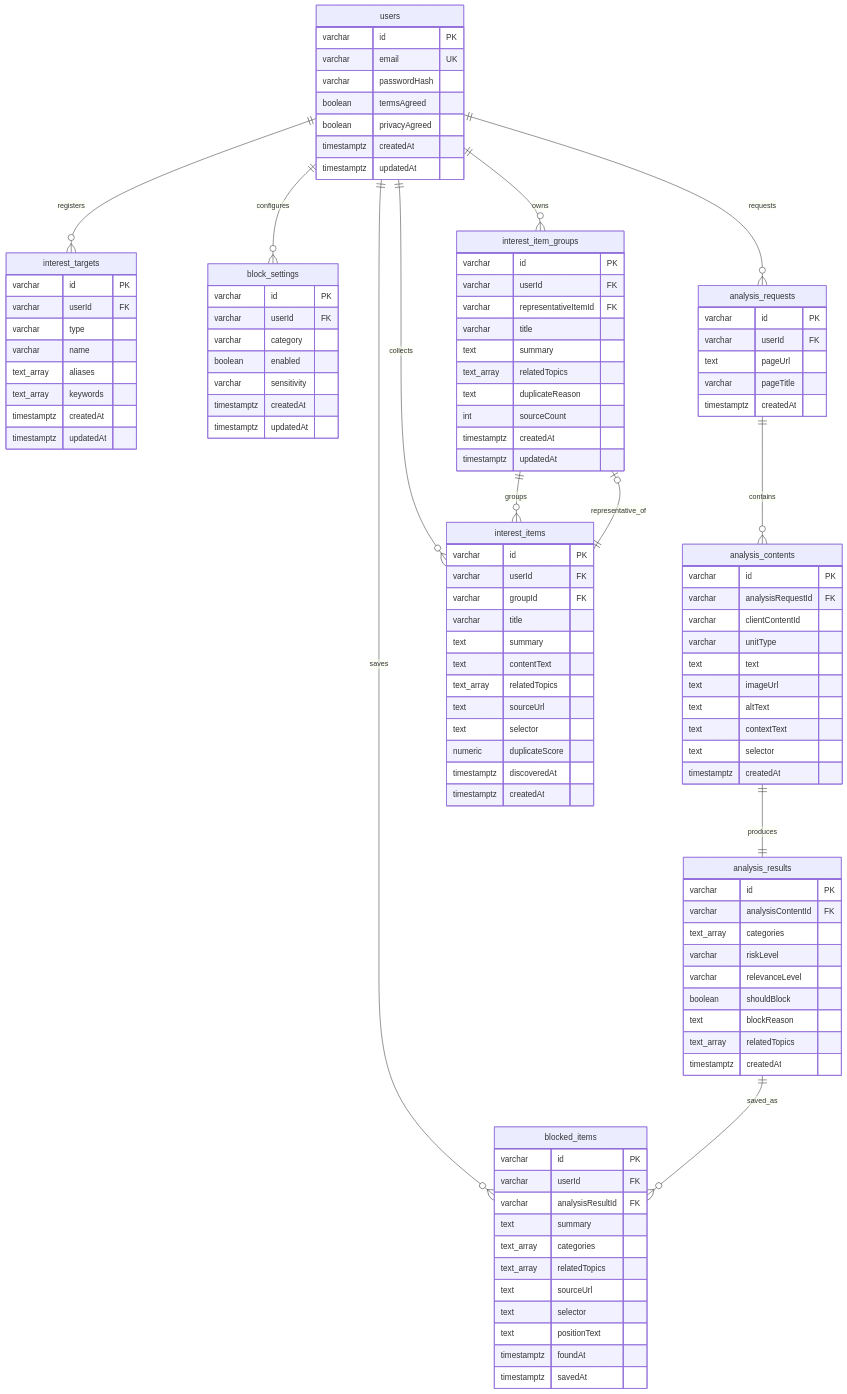
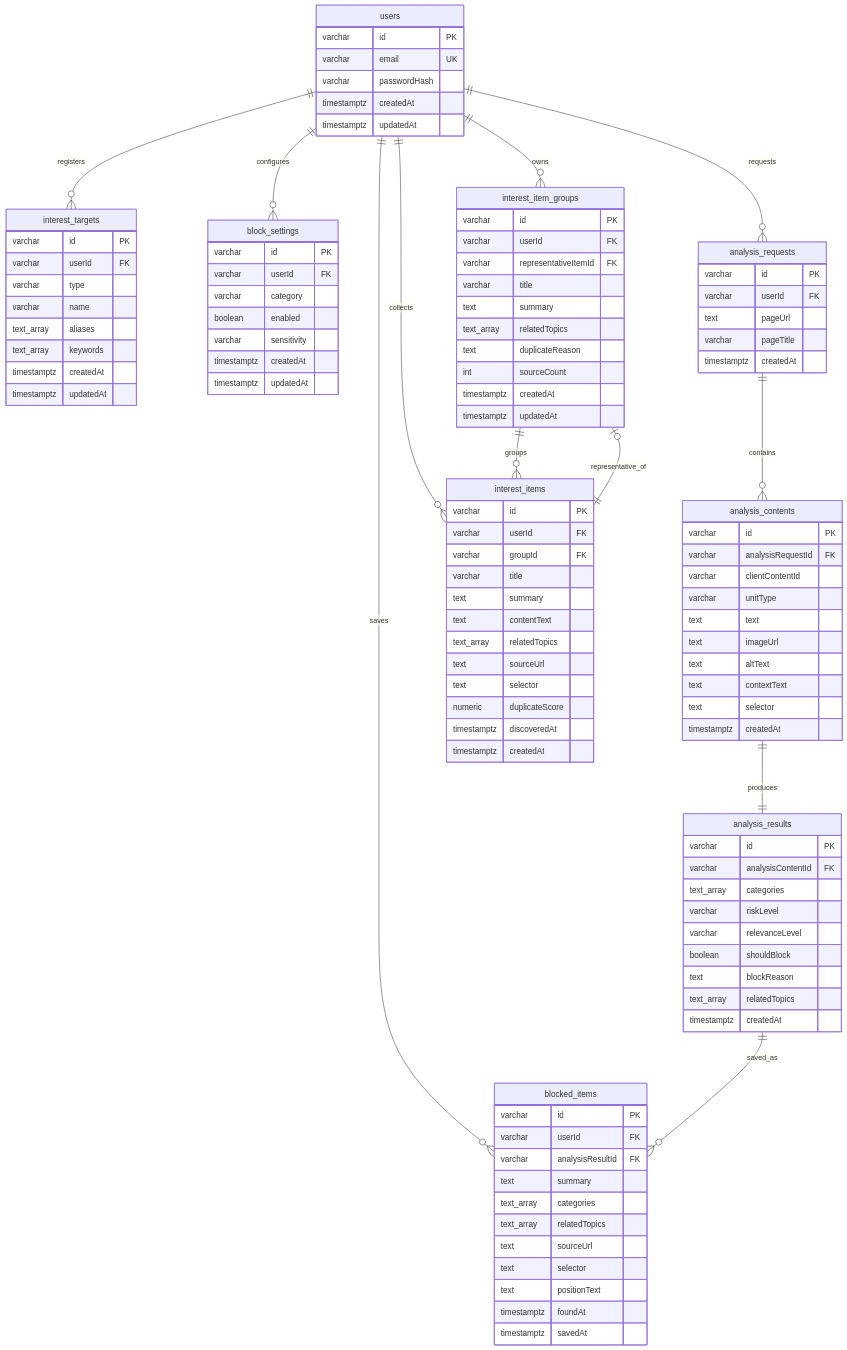
Before and after one commit to blankerrrrr/blanker_BE: the diagram in docs/erd.md, drawn with Mermaid. The commit also changed 8 other files, not shown here.

```diff
--- a/docs/erd.md
+++ b/docs/erd.md
@@ -6,8 +6,6 @@
         varchar id PK
         varchar email UK
         varchar passwordHash
-        boolean termsAgreed
-        boolean privacyAgreed
         timestamptz createdAt
         timestamptz updatedAt
     }
```
